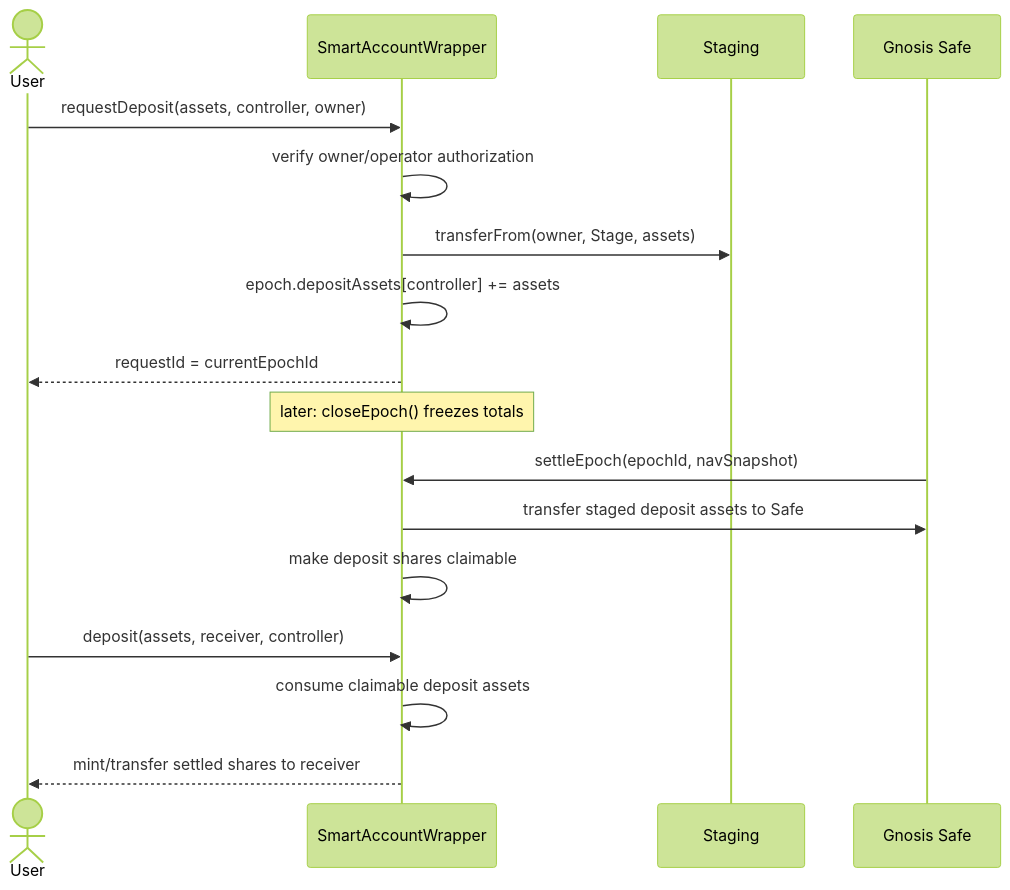
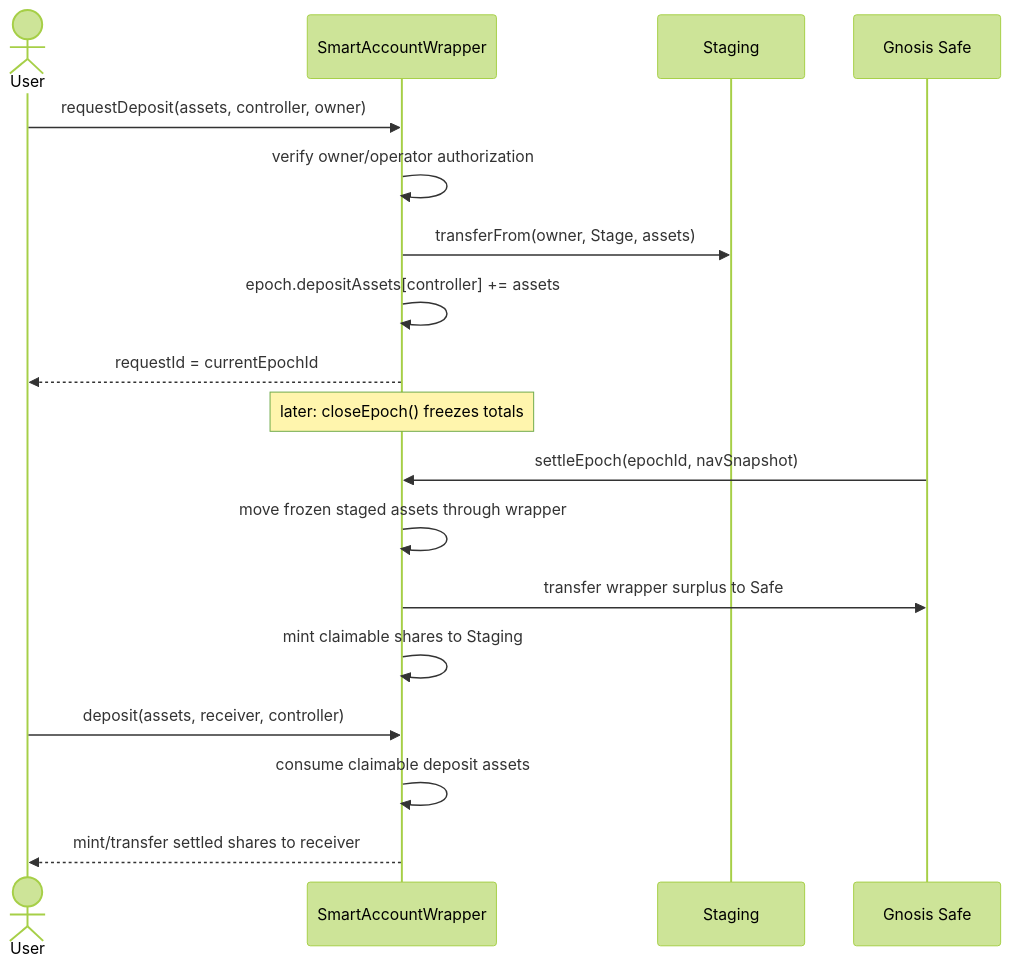
One commit to K3-Capital/erc7540-wrapper changed the fourth of 5 diagrams in ARCHITECTURE.md. Above: the diagram before and after it, drawn with Mermaid (forest theme). The commit also changed other lines of this file, not shown here.

Commit message:
docs: align architecture with implementation

````diff
--- a/ARCHITECTURE.md
+++ b/ARCHITECTURE.md
@@ -267,22 +269,23 @@
 ```mermaid
 sequenceDiagram
     actor User
     participant Vault as SmartAccountWrapper
     participant Stage as Staging
     participant Safe as Gnosis Safe
 
     User->>Vault: requestDeposit(assets, controller, owner)
     Vault->>Vault: verify owner/operator authorization
     Vault->>Stage: transferFrom(owner, Stage, assets)
     Vault->>Vault: epoch.depositAssets[controller] += assets
     Vault-->>User: requestId = currentEpochId
 
     Note over Vault: later: closeEpoch() freezes totals
     Safe->>Vault: settleEpoch(epochId, navSnapshot)
-    Vault->>Safe: transfer staged deposit assets to Safe
-    Vault->>Vault: make deposit shares claimable
+    Vault->>Vault: move frozen staged assets through wrapper
+    Vault->>Safe: transfer wrapper surplus to Safe
+    Vault->>Vault: mint claimable shares to Staging
 
     User->>Vault: deposit(assets, receiver, controller)
     Vault->>Vault: consume claimable deposit assets
     Vault-->>User: mint/transfer settled shares to receiver
 ```
````
